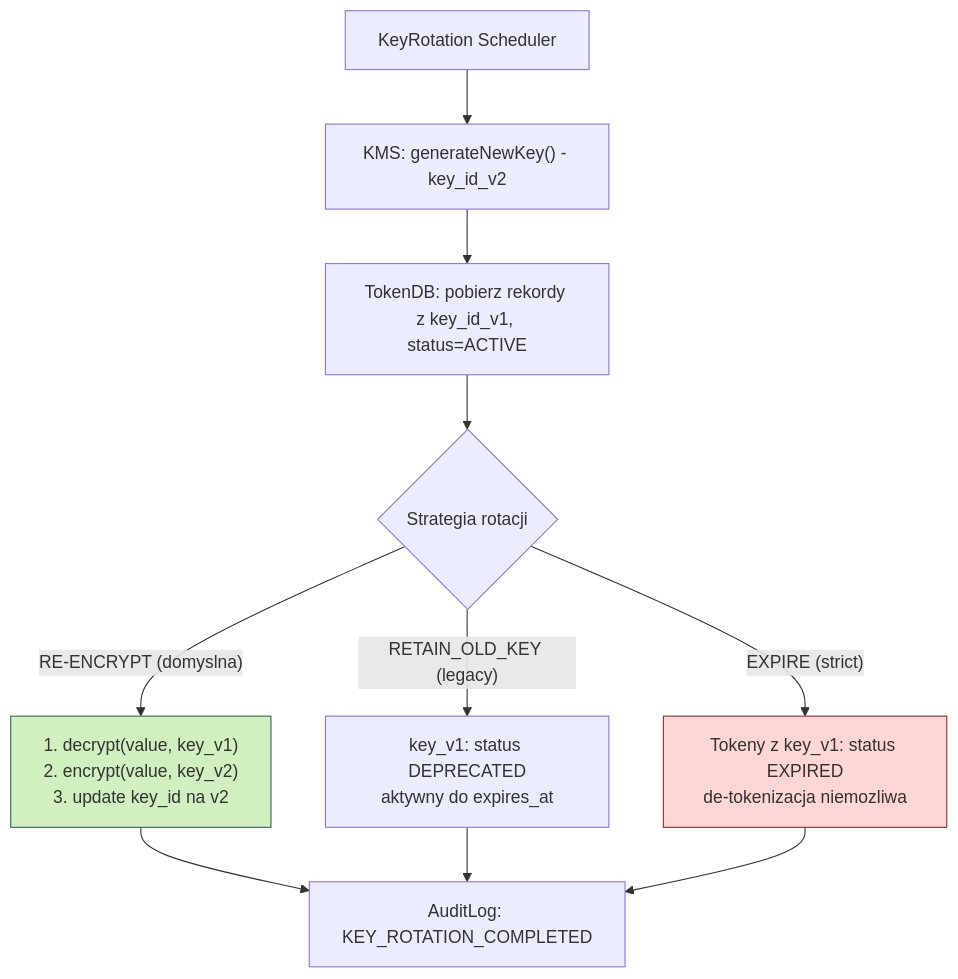
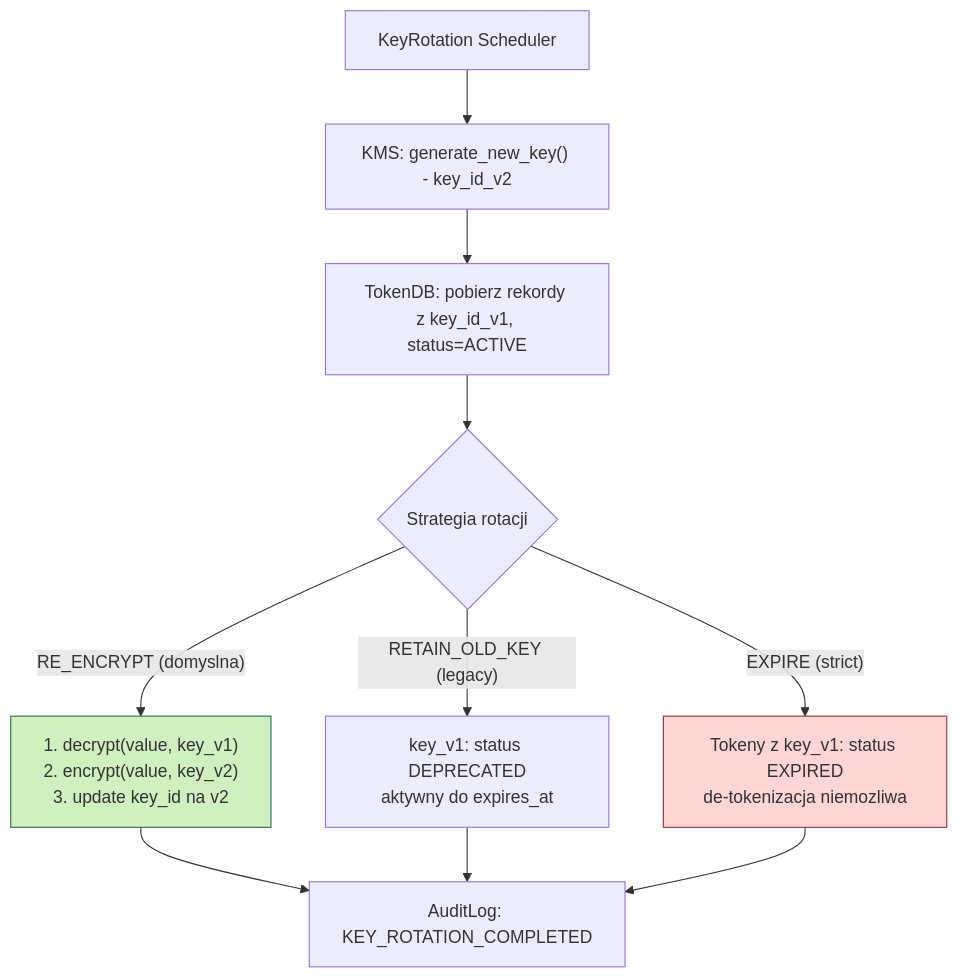
One commit to gniewekk/Privacy-Preserving-Context-Pipeline-for-LLMs-DP changed diagram 12 of 14 in ARCHITECTURE.md. Above: the diagram before and after it, drawn with Mermaid. The commit also changed other lines of this file and 12 other files, not shown here.

````diff
--- a/ARCHITECTURE.md
+++ b/ARCHITECTURE.md
@@ -636,15 +636,15 @@
 ```mermaid
 flowchart TD
     A["KeyRotation Scheduler"] --> B
-    B["KMS: generateNewKey() - key_id_v2"] --> C
+    B["KMS: generate_new_key() - key_id_v2"] --> C
     C["TokenDB: pobierz rekordy z key_id_v1, status=ACTIVE"] --> D{Strategia rotacji}
-    D -->|"RE-ENCRYPT (domyslna)"| E["1. decrypt(value, key_v1)\n2. encrypt(value, key_v2)\n3. update key_id na v2"]
+    D -->|"RE_ENCRYPT (domyslna)"| E["1. decrypt(value, key_v1)\n2. encrypt(value, key_v2)\n3. update key_id na v2"]
     D -->|"RETAIN_OLD_KEY (legacy)"| F["key_v1: status DEPRECATED\naktywny do expires_at"]
     D -->|"EXPIRE (strict)"| G["Tokeny z key_v1: status EXPIRED\nde-tokenizacja niemozliwa"]
     E --> H["AuditLog: KEY_ROTATION_COMPLETED"]
     F --> H
     G --> H
 
     style E fill:#d0f0c0,stroke:#2d6a4f
     style G fill:#ffd6d6,stroke:#8f2d2d
 ```
````
